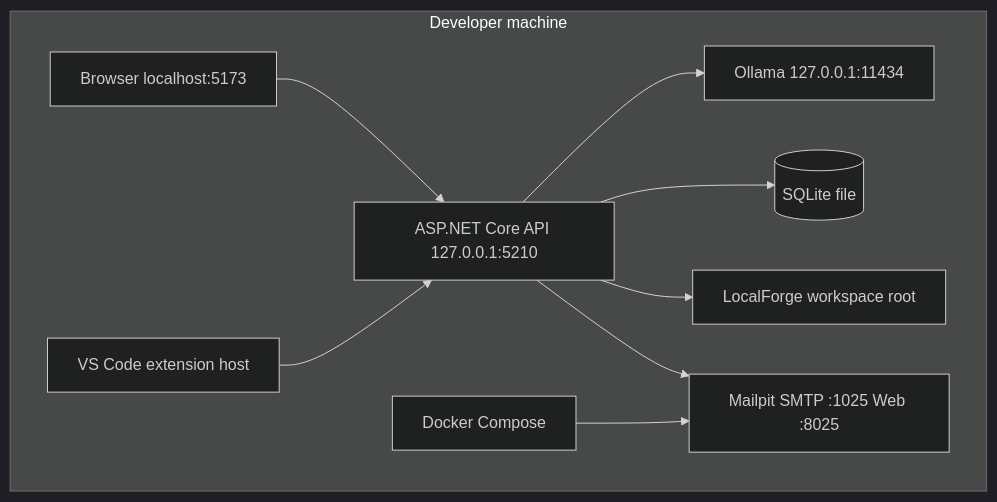
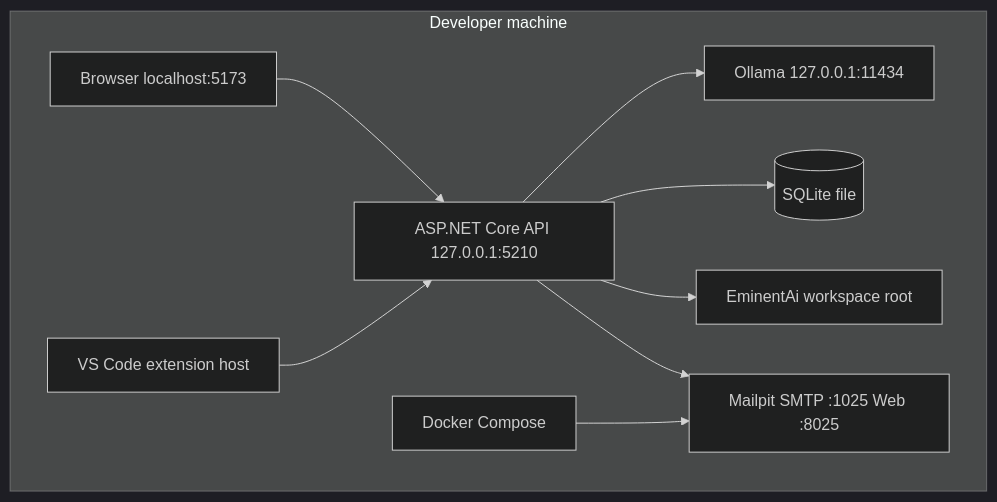
The third of 16 diagrams in docs/AIAGENT_ARCHITECTURE.md (ekanatha-urivakili/EminentAiAgent), drawn with Mermaid (dark theme) before and after one commit. The commit also changed other lines of this file and 345 other files, not shown here.

````diff
--- a/docs/AIAGENT_ARCHITECTURE.md
+++ b/docs/AIAGENT_ARCHITECTURE.md
@@ -132,21 +132,21 @@
 ```mermaid
 flowchart TB
     subgraph DeveloperMachine[Developer machine]
         Browser[Browser localhost:5173]
         VSCode[VS Code extension host]
         Api[ASP.NET Core API 127.0.0.1:5210]
         Ollama[Ollama 127.0.0.1:11434]
         Sqlite[(SQLite file)]
-        Workspace[LocalForge workspace root]
+        Workspace[EminentAi workspace root]
         Docker[Docker Compose]
         Mailpit[Mailpit SMTP :1025 Web :8025]
     end
 
     Browser --> Api
     VSCode --> Api
     Api --> Ollama
     Api --> Sqlite
     Api --> Workspace
     Docker --> Mailpit
     Api --> Mailpit
 ```
````
